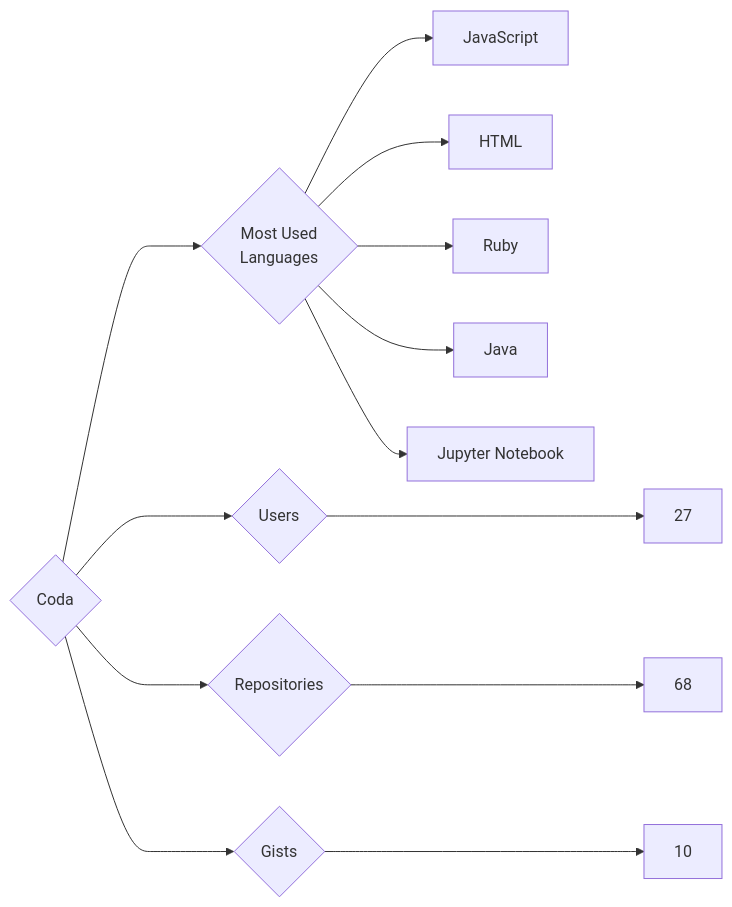
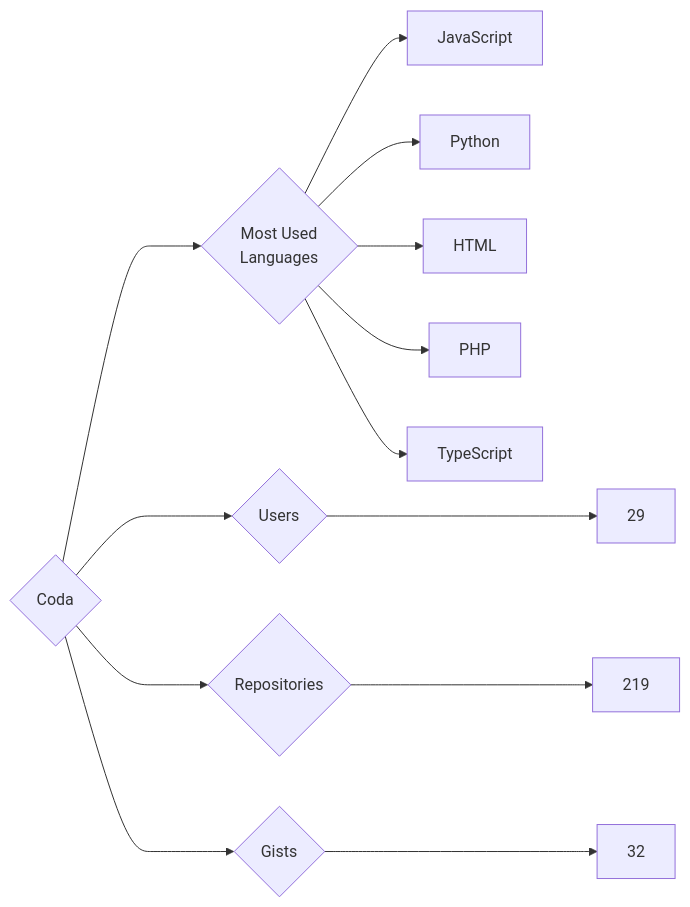
Before and after one commit to trickest/insiders: the diagram in targets/Coda/README.md, drawn with Mermaid. The commit also changed 750 other files, not shown here.

````diff
--- a/targets/Coda/README.md
+++ b/targets/Coda/README.md
@@ -3,13 +3,13 @@
 ```mermaid
 graph LR
 COMPANY_NAME{Coda}
-COMPANY_NAME ---> U{Users} ---> UN[27]
-COMPANY_NAME ---> R{Repositories} ---> RN[68]
-COMPANY_NAME ---> G{Gists} ---> GN[10]
+COMPANY_NAME ---> U{Users} ---> UN[29]
+COMPANY_NAME ---> R{Repositories} ---> RN[219]
+COMPANY_NAME ---> G{Gists} ---> GN[32]
 COMPANY_NAME ---> ML{Most Used<br>Languages}
 ML --> JavaScript[JavaScript]
+ML --> Python[Python]
 ML --> HTML[HTML]
-ML --> Ruby[Ruby]
-ML --> Java[Java]
-ML --> Jupyter_Notebook[Jupyter Notebook]
+ML --> PHP[PHP]
+ML --> TypeScript[TypeScript]
 ```
````
